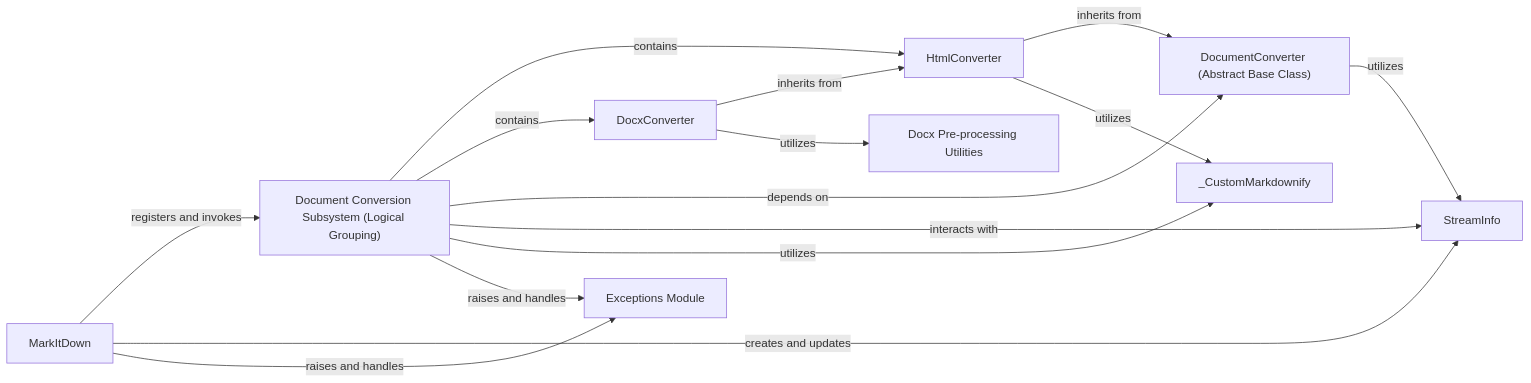
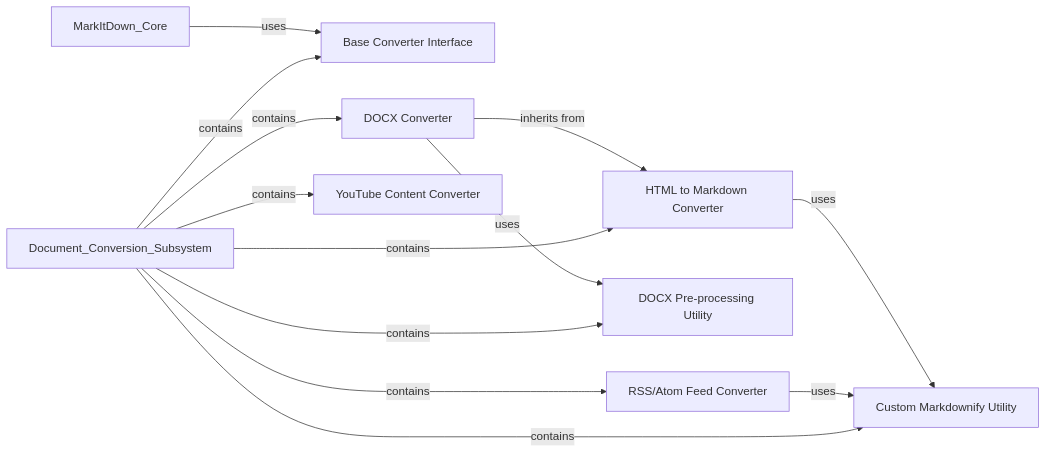
The diagram in markitdown/Document_Conversion_Subsystem.md (CodeBoarding/GeneratedOnBoardings), drawn with Mermaid before and after one commit. The commit also changed other lines of this file and 33 other files, not shown here.

````diff
--- a/markitdown/Document_Conversion_Subsystem.md
+++ b/markitdown/Document_Conversion_Subsystem.md
@@ -1,31 +1,29 @@
 ```mermaid
 graph LR
-    MarkItDown["MarkItDown"]
-    DocumentConverter_Abstract_Base_Class_["DocumentConverter (Abstract Base Class)"]
-    Document_Conversion_Subsystem_Logical_Grouping_["Document Conversion Subsystem (Logical Grouping)"]
-    StreamInfo["StreamInfo"]
-    HtmlConverter["HtmlConverter"]
-    DocxConverter["DocxConverter"]
-    _CustomMarkdownify["_CustomMarkdownify"]
-    Docx_Pre_processing_Utilities["Docx Pre-processing Utilities"]
-    Exceptions_Module["Exceptions Module"]
-    MarkItDown -- "registers and invokes" --> Document_Conversion_Subsystem_Logical_Grouping_
-    MarkItDown -- "creates and updates" --> StreamInfo
-    MarkItDown -- "raises and handles" --> Exceptions_Module
-    Document_Conversion_Subsystem_Logical_Grouping_ -- "contains" --> HtmlConverter
-    Document_Conversion_Subsystem_Logical_Grouping_ -- "contains" --> DocxConverter
-    Document_Conversion_Subsystem_Logical_Grouping_ -- "depends on" --> DocumentConverter_Abstract_Base_Class_
-    Document_Conversion_Subsystem_Logical_Grouping_ -- "interacts with" --> StreamInfo
-    Document_Conversion_Subsystem_Logical_Grouping_ -- "utilizes" --> _CustomMarkdownify
-    Document_Conversion_Subsystem_Logical_Grouping_ -- "raises and handles" --> Exceptions_Module
-    DocumentConverter_Abstract_Base_Class_ -- "utilizes" --> StreamInfo
-    HtmlConverter -- "inherits from" --> DocumentConverter_Abstract_Base_Class_
-    HtmlConverter -- "utilizes" --> _CustomMarkdownify
-    DocxConverter -- "inherits from" --> HtmlConverter
-    DocxConverter -- "utilizes" --> Docx_Pre_processing_Utilities
-    click MarkItDown href "https://github.com/CodeBoarding/GeneratedOnBoardings/blob/main//markitdown/MarkItDown.md" "Details"
-    click DocumentConverter_Abstract_Base_Class_ href "https://github.com/CodeBoarding/GeneratedOnBoardings/blob/main//markitdown/DocumentConverter_Abstract_Base_Class_.md" "Details"
-    click DocxConverter href "https://github.com/CodeBoarding/GeneratedOnBoardings/blob/main//markitdown/DocxConverter.md" "Details"
-    click _CustomMarkdownify href "https://github.com/CodeBoarding/GeneratedOnBoardings/blob/main//markitdown/_CustomMarkdownify.md" "Details"
-    click Docx_Pre_processing_Utilities href "https://github.com/CodeBoarding/GeneratedOnBoardings/blob/main//markitdown/Docx_Pre_processing_Utilities.md" "Details"
+    Base_Converter_Interface["Base Converter Interface"]
+    HTML_to_Markdown_Converter["HTML to Markdown Converter"]
+    Custom_Markdownify_Utility["Custom Markdownify Utility"]
+    DOCX_Converter["DOCX Converter"]
+    DOCX_Pre_processing_Utility["DOCX Pre-processing Utility"]
+    YouTube_Content_Converter["YouTube Content Converter"]
+    RSS_Atom_Feed_Converter["RSS/Atom Feed Converter"]
+    MarkItDown_Core -- "uses" --> Base_Converter_Interface
+    HTML_to_Markdown_Converter -- "uses" --> Custom_Markdownify_Utility
+    DOCX_Converter -- "inherits from" --> HTML_to_Markdown_Converter
+    DOCX_Converter -- "uses" --> DOCX_Pre_processing_Utility
+    RSS_Atom_Feed_Converter -- "uses" --> Custom_Markdownify_Utility
+    Document_Conversion_Subsystem -- "contains" --> Base_Converter_Interface
+    Document_Conversion_Subsystem -- "contains" --> HTML_to_Markdown_Converter
+    Document_Conversion_Subsystem -- "contains" --> Custom_Markdownify_Utility
+    Document_Conversion_Subsystem -- "contains" --> DOCX_Converter
+    Document_Conversion_Subsystem -- "contains" --> DOCX_Pre_processing_Utility
+    Document_Conversion_Subsystem -- "contains" --> YouTube_Content_Converter
+    Document_Conversion_Subsystem -- "contains" --> RSS_Atom_Feed_Converter
+    click Base_Converter_Interface href "https://github.com/CodeBoarding/GeneratedOnBoardings/blob/main//markitdown/Base_Converter_Interface.md" "Details"
+    click HTML_to_Markdown_Converter href "https://github.com/CodeBoarding/GeneratedOnBoardings/blob/main//markitdown/HTML_to_Markdown_Converter.md" "Details"
+    click Custom_Markdownify_Utility href "https://github.com/CodeBoarding/GeneratedOnBoardings/blob/main//markitdown/Custom_Markdownify_Utility.md" "Details"
+    click DOCX_Converter href "https://github.com/CodeBoarding/GeneratedOnBoardings/blob/main//markitdown/DOCX_Converter.md" "Details"
+    click DOCX_Pre_processing_Utility href "https://github.com/CodeBoarding/GeneratedOnBoardings/blob/main//markitdown/DOCX_Pre_processing_Utility.md" "Details"
+    click YouTube_Content_Converter href "https://github.com/CodeBoarding/GeneratedOnBoardings/blob/main//markitdown/YouTube_Content_Converter.md" "Details"
+    click RSS_Atom_Feed_Converter href "https://github.com/CodeBoarding/GeneratedOnBoardings/blob/main//markitdown/RSS_Atom_Feed_Converter.md" "Details"
 ```
````
